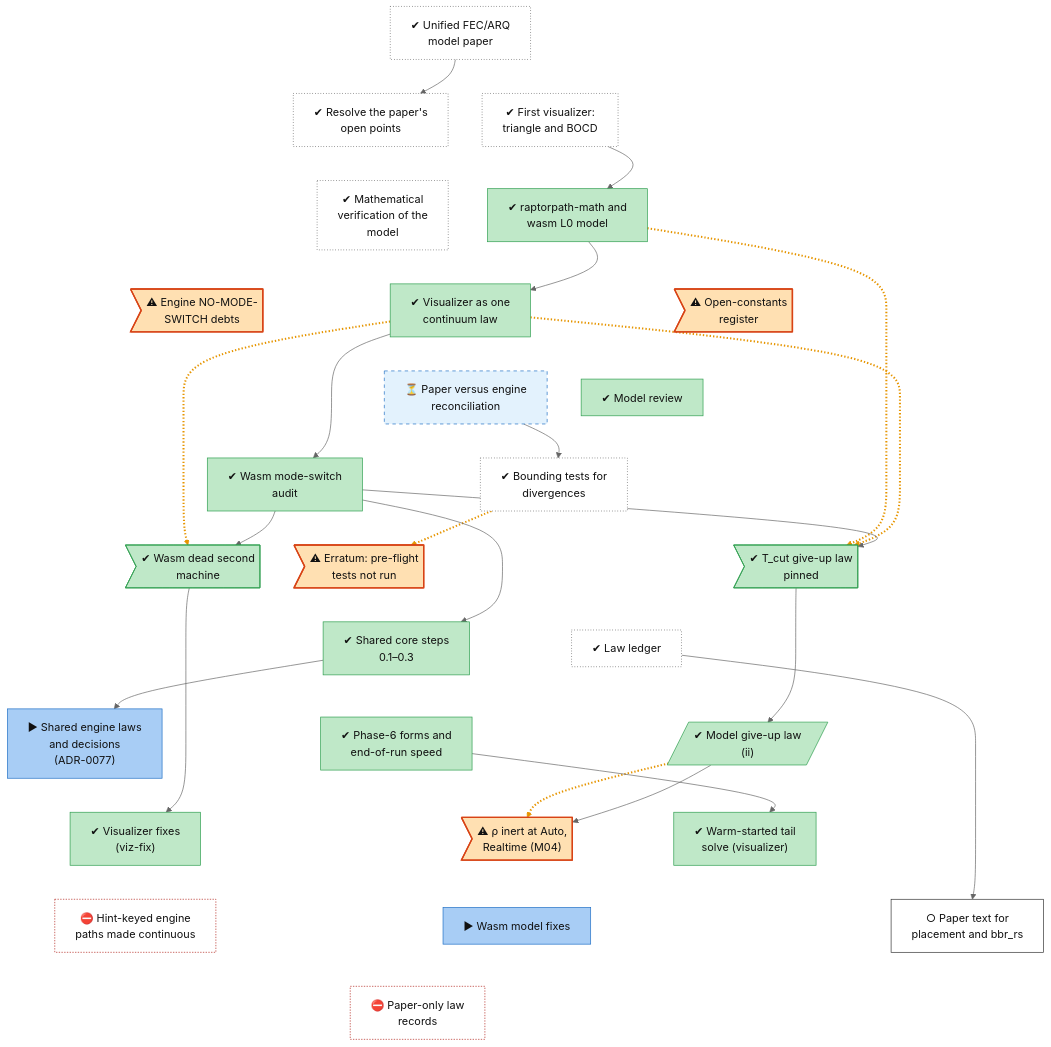
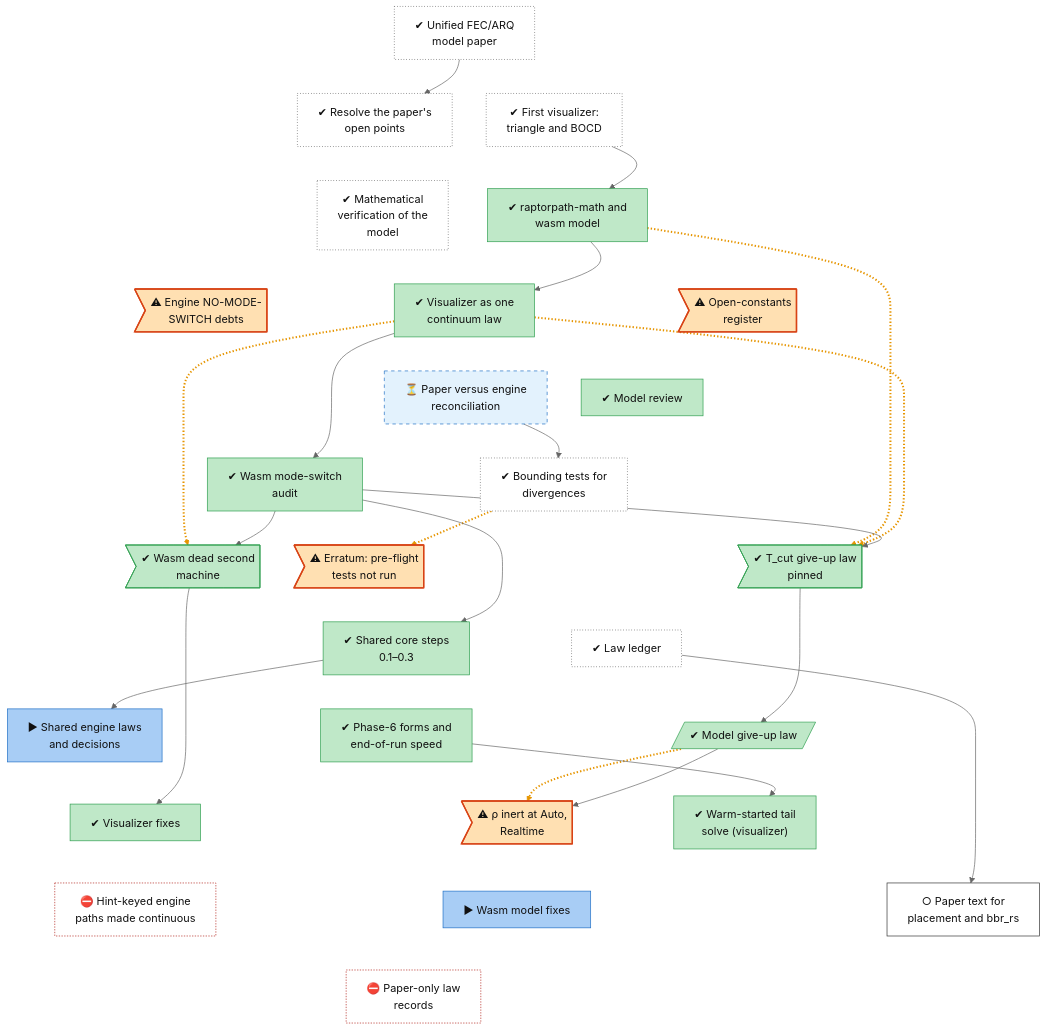
The diagram in docs/roadmap/tracks/model.md (lhns/raptorpath), drawn with Mermaid (neutral theme) before and after one commit. The commit also changed other lines of this file and 13 other files, not shown here.

First line of the commit message:
roadmap: titles without internal codes - no ADR numbers, arm and gate names, test-cell names, plan, lever or phase letters; a removed code with no other record is kept in notes

```diff
--- a/docs/roadmap/tracks/model.md
+++ b/docs/roadmap/tracks/model.md
@@ -12,7 +12,7 @@
     model_paper_v1["✔ Unified FEC/ARQ<br/>model paper"]
     model_open_points["✔ Resolve the paper's<br/>open points"]
     model_visualizer_v1["✔ First visualizer:<br/>triangle and BOCD"]
-    model_wasm_l0["✔ raptorpath-math and<br/>wasm L0 model"]
+    model_wasm_l0["✔ raptorpath-math and<br/>wasm model"]
     model_math_verification["✔ Mathematical<br/>verification of the<br/>model"]
     model_vis_continuum["✔ Visualizer as one<br/>continuum law"]
     model_mode_switch_debts>"⚠ Engine NO-MODE-<br/>SWITCH debts"]
@@ -26,11 +26,11 @@
     model_bound_tests_unrun>"⚠ Erratum: pre-flight<br/>tests not run"]
     model_law_ledger["✔ Law ledger"]
     model_shared_core_0["✔ Shared core steps<br/>0.1–0.3"]
-    model_shared_core["▶ Shared engine laws<br/>and decisions<br/>(ADR-0077)"]
+    model_shared_core["▶ Shared engine laws<br/>and decisions"]
     model_endspeed["✔ Phase-6 forms and<br/>end-of-run speed"]
-    model_giveup_law[/"✔ Model give-up law<br/>(ii)"/]
-    model_viz_fix["✔ Visualizer fixes<br/>(viz-fix)"]
-    model_defect_rho_inert>"⚠ ρ inert at Auto,<br/>Realtime (M04)"]
+    model_giveup_law[/"✔ Model give-up law"/]
+    model_viz_fix["✔ Visualizer fixes"]
+    model_defect_rho_inert>"⚠ ρ inert at Auto,<br/>Realtime"]
     model_warm_start["✔ Warm-started tail<br/>solve (visualizer)"]
     model_fix_hint_keyed_paths["⛔ Hint-keyed engine<br/>paths made continuous"]
     model_wasm_fixes["▶ Wasm model fixes"]
```
